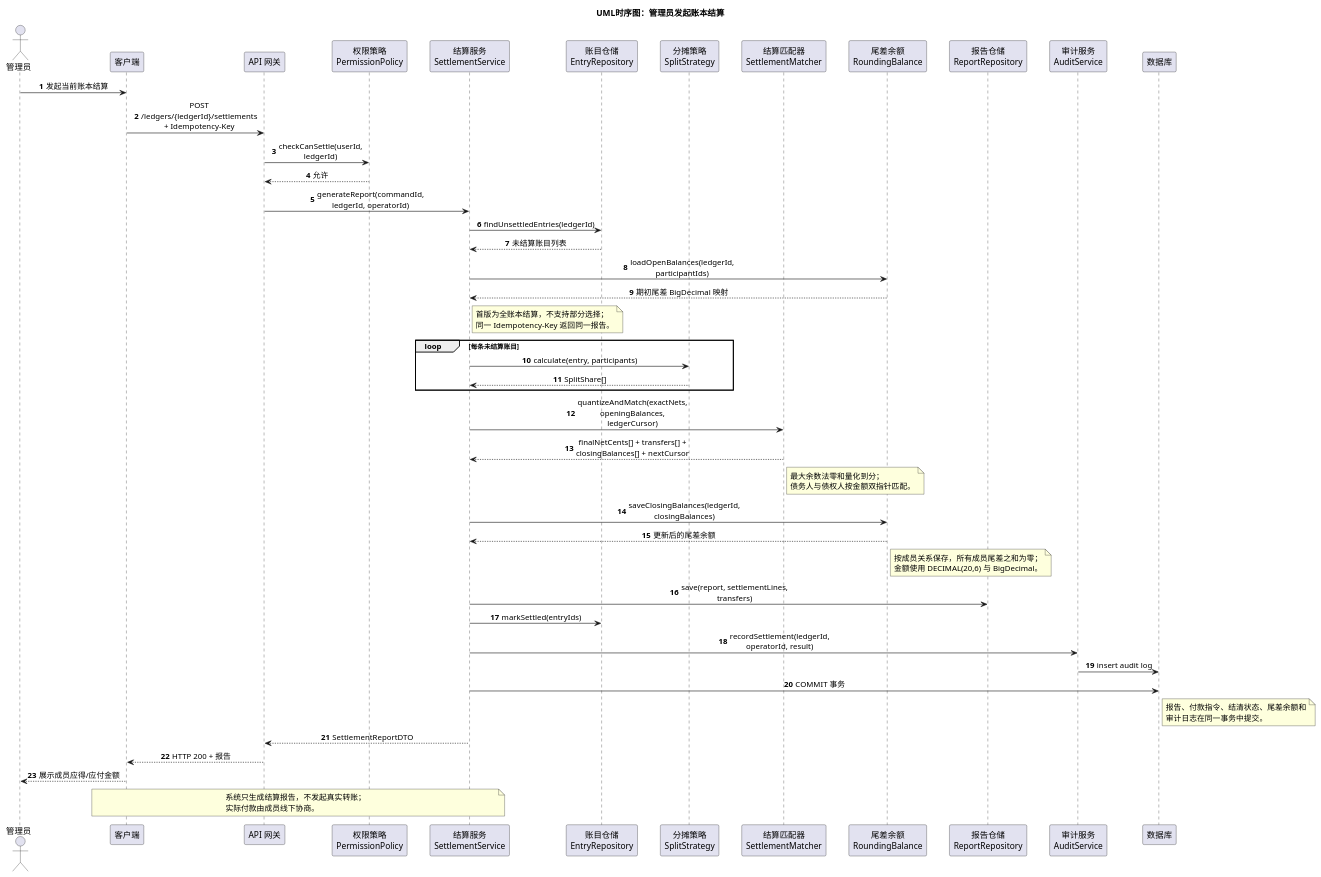
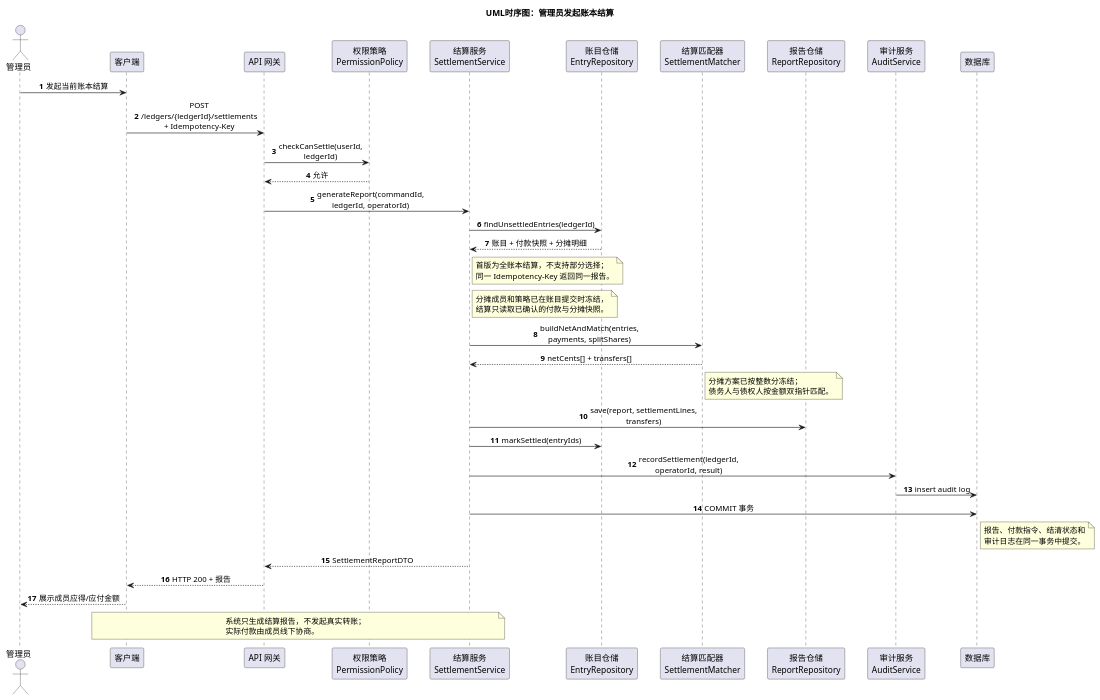
Before and after one commit to Hgx8724/multi-user-shared-accounting-system: the diagram in lab2/UML/UML时序图.puml, drawn with PlantUML. The commit also changed 13 other files, not shown here.

Commit message:
lab2: 人工修改及UML图

```diff
--- a/lab2/UML/UML时序图.puml
+++ b/lab2/UML/UML时序图.puml
@@ -1,80 +1,69 @@
 @startuml
 ' 交互性图：管理员发起结算的端到端交互
 skinparam backgroundColor #FFFFFF
 skinparam defaultFontName "Microsoft YaHei"
 skinparam shadowing false
 skinparam sequenceMessageAlign center
 skinparam maxMessageSize 190
 skinparam ParticipantPadding 14
 skinparam BoxPadding 10
 skinparam responseMessageBelowArrow true
 
 title UML时序图：管理员发起账本结算
 
 autonumber
 actor "管理员" as Admin
 participant "客户端" as Client
 participant "API 网关" as Api
 participant "权限策略\nPermissionPolicy" as Permission
 participant "结算服务\nSettlementService" as Settlement
 participant "账目仓储\nEntryRepository" as EntryRepo
-participant "分摊策略\nSplitStrategy" as Split
 participant "结算匹配器\nSettlementMatcher" as Matcher
-participant "尾差余额\nRoundingBalance" as Rounding
 participant "报告仓储\nReportRepository" as ReportRepo
 participant "审计服务\nAuditService" as Audit
 participant "数据库" as Database
 
 Admin -> Client : 发起当前账本结算
 Client -> Api : POST /ledgers/{ledgerId}/settlements + Idempotency-Key
 Api -> Permission : checkCanSettle(userId, ledgerId)
 Permission --> Api : 允许
 Api -> Settlement : generateReport(commandId, ledgerId, operatorId)
 
 Settlement -> EntryRepo : findUnsettledEntries(ledgerId)
-EntryRepo --> Settlement : 未结算账目列表
-Settlement -> Rounding : loadOpenBalances(ledgerId, participantIds)
-Rounding --> Settlement : 期初尾差 BigDecimal 映射
+EntryRepo --> Settlement : 账目 + 付款快照 + 分摊明细
 note right of Settlement
   首版为全账本结算，不支持部分选择；
   同一 Idempotency-Key 返回同一报告。
 end note
 
-loop 每条未结算账目
-  Settlement -> Split : calculate(entry, participants)
-  Split --> Settlement : SplitShare[]
-end
-
-Settlement -> Matcher : quantizeAndMatch(exactNets, openingBalances, ledgerCursor)
-Matcher --> Settlement : finalNetCents[] + transfers[] + closingBalances[] + nextCursor
-note right of Matcher
-  最大余数法零和量化到分；
-  债务人与债权人按金额双指针匹配。
+note right of Settlement
+  分摊成员和策略已在账目提交时冻结，
+  结算只读取已确认的付款与分摊快照。
 end note
 
-Settlement -> Rounding : saveClosingBalances(ledgerId, closingBalances)
-Rounding --> Settlement : 更新后的尾差余额
-note right of Rounding
-  按成员关系保存，所有成员尾差之和为零；
-  金额使用 DECIMAL(20,6) 与 BigDecimal。
+Settlement -> Matcher : buildNetAndMatch(entries, payments, splitShares)
+Matcher --> Settlement : netCents[] + transfers[]
+note right of Matcher
+  分摊方案已按整数分冻结；
+  债务人与债权人按金额双指针匹配。
 end note
 
 Settlement -> ReportRepo : save(report, settlementLines, transfers)
 Settlement -> EntryRepo : markSettled(entryIds)
 Settlement -> Audit : recordSettlement(ledgerId, operatorId, result)
 Audit -> Database : insert audit log
 Settlement -> Database : COMMIT 事务
 note right of Database
-  报告、付款指令、结清状态、尾差余额和
+  报告、付款指令、结清状态和
   审计日志在同一事务中提交。
 end note
 
 Settlement --> Api : SettlementReportDTO
 Api --> Client : HTTP 200 + 报告
 Client --> Admin : 展示成员应得/应付金额
 note over Settlement, Client
   系统只生成结算报告，不发起真实转账；
   实际付款由成员线下协商。
 end note
 
 @enduml
```
